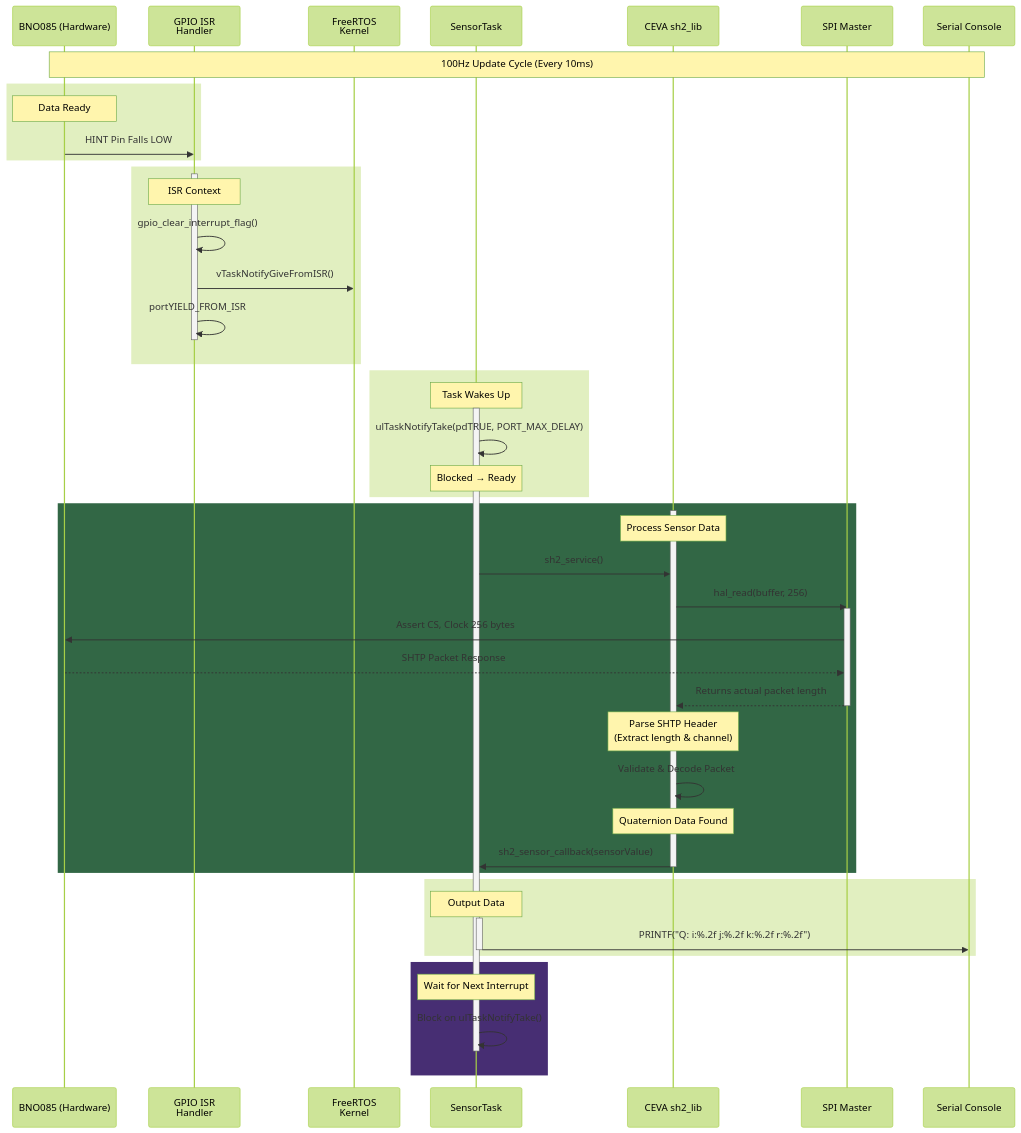
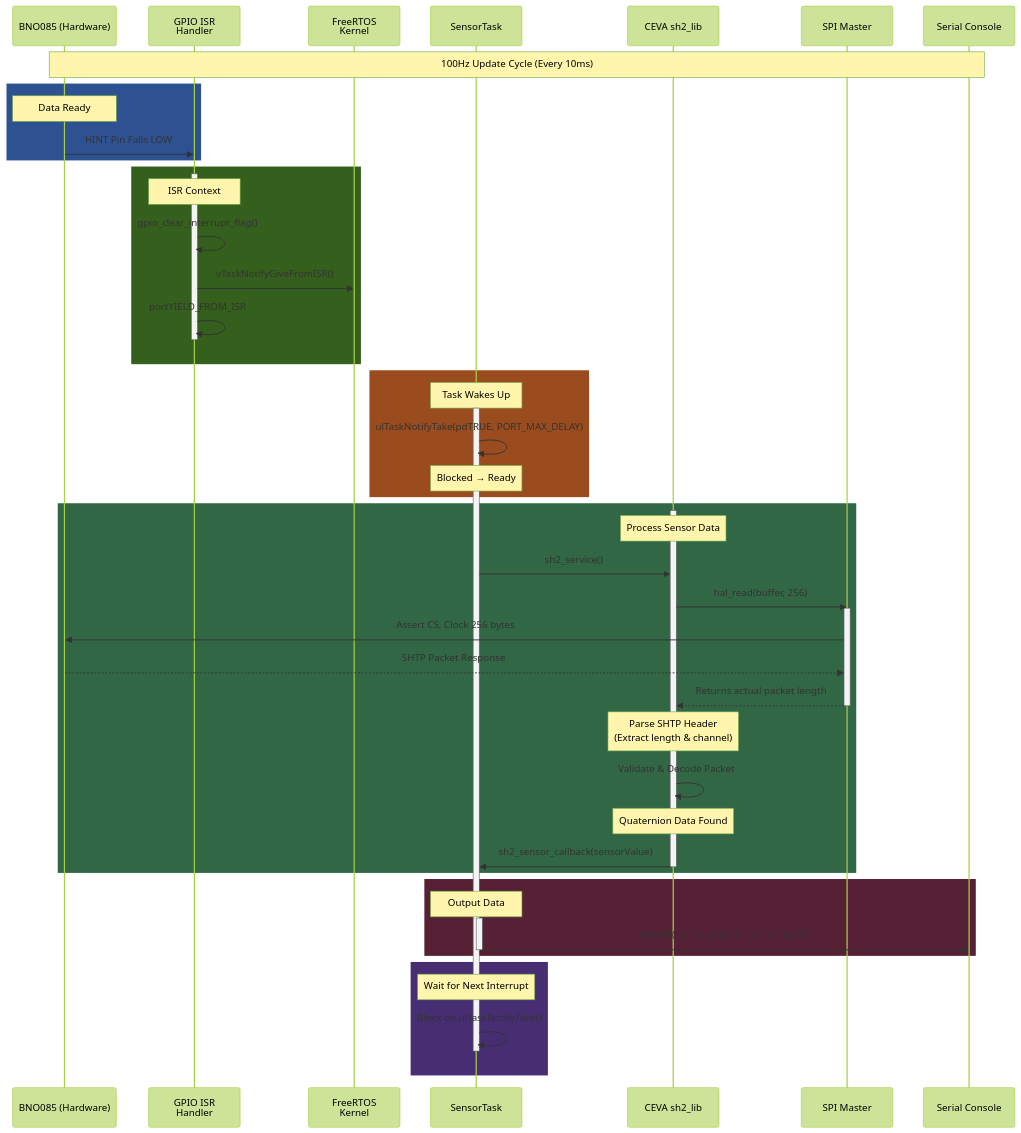
The third of 4 diagrams in README.md (ivansigala/drone), drawn with Mermaid (forest theme) before and after one commit.

Commit message:
Updated README colors

````diff
--- a/README.md
+++ b/README.md
@@ -113,66 +113,66 @@
 ```mermaid
 sequenceDiagram
     participant BNO as BNO085 (Hardware)
     participant ISR as GPIO ISR<br/>Handler
     participant Kernel as FreeRTOS<br/>Kernel
     participant Task as SensorTask
     participant CEVA as CEVA sh2_lib
     participant SPI as SPI Master
     participant Console as Serial Console
 
     Note over BNO, Console: 100Hz Update Cycle (Every 10ms)
     
-    rect #2e5291
+    rect rgb(46, 82, 145)
     Note over BNO: Data Ready
     BNO->>ISR: HINT Pin Falls LOW
     end
     
-    rect #355f1d
+    rect rgb(53, 95, 29)
     activate ISR
     Note over ISR: ISR Context
     ISR->>ISR: gpio_clear_interrupt_flag()
     ISR->>Kernel: vTaskNotifyGiveFromISR()
     ISR->>ISR: portYIELD_FROM_ISR
     deactivate ISR
     end
     
-    rect #9a4c1f
+    rect rgb(154, 76, 31)
     Note over Task: Task Wakes Up
     activate Task
     Task->>Task: ulTaskNotifyTake(pdTRUE, PORT_MAX_DELAY)
     Note over Task: Blocked → Ready
     end
     
     rect rgb(50, 103, 69)
     activate CEVA
     Note over CEVA: Process Sensor Data
     Task->>CEVA: sh2_service()
     
     CEVA->>SPI: hal_read(buffer, 256)
     activate SPI
     SPI->>BNO: Assert CS, Clock 256 bytes
     BNO-->>SPI: SHTP Packet Response
     SPI-->>CEVA: Returns actual packet length
     deactivate SPI
     
     Note over CEVA: Parse SHTP Header<br/>(Extract length & channel)
     CEVA->>CEVA: Validate & Decode Packet
     
     Note over CEVA: Quaternion Data Found
     CEVA->>Task: sh2_sensor_callback(sensorValue)
     deactivate CEVA
     end
     
-    rect #572135
+    rect rgb(87, 33, 53)
     Note over Task: Output Data
     activate Task
     Task->>Console: PRINTF("Q: i:%.2f j:%.2f k:%.2f r:%.2f")
     deactivate Task
     end
     
     rect rgb(71, 46, 115)
     Note over Task: Wait for Next Interrupt
     Task->>Task: Block on ulTaskNotifyTake()
     deactivate Task
     end
 ```
````
